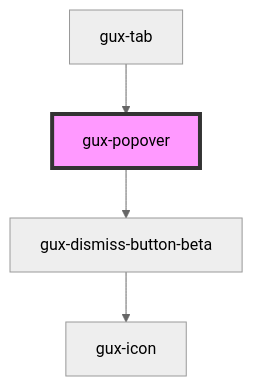
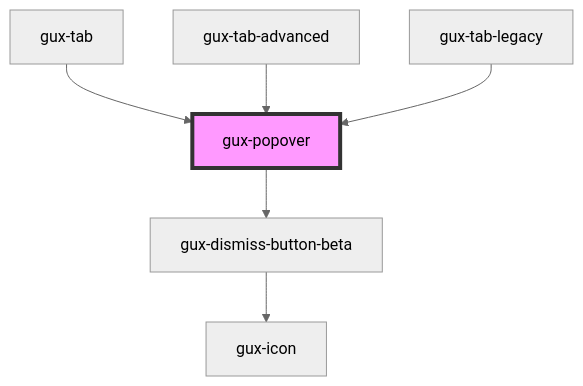
Before and after one commit to MyPureCloud/genesys-spark: the diagram in src/components/stable/gux-popover/readme.md, drawn with Mermaid (neutral theme). The commit also changed other lines of this file and 16 other files, not shown here.

````diff
--- a/src/components/stable/gux-popover/readme.md
+++ b/src/components/stable/gux-popover/readme.md
@@ -41,7 +43,9 @@
 ```mermaid
 graph TD;
   gux-popover --> gux-dismiss-button-beta
   gux-dismiss-button-beta --> gux-icon
   gux-tab --> gux-popover
+  gux-tab-advanced --> gux-popover
+  gux-tab-legacy --> gux-popover
   style gux-popover fill:#f9f,stroke:#333,stroke-width:4px
 ```
````
